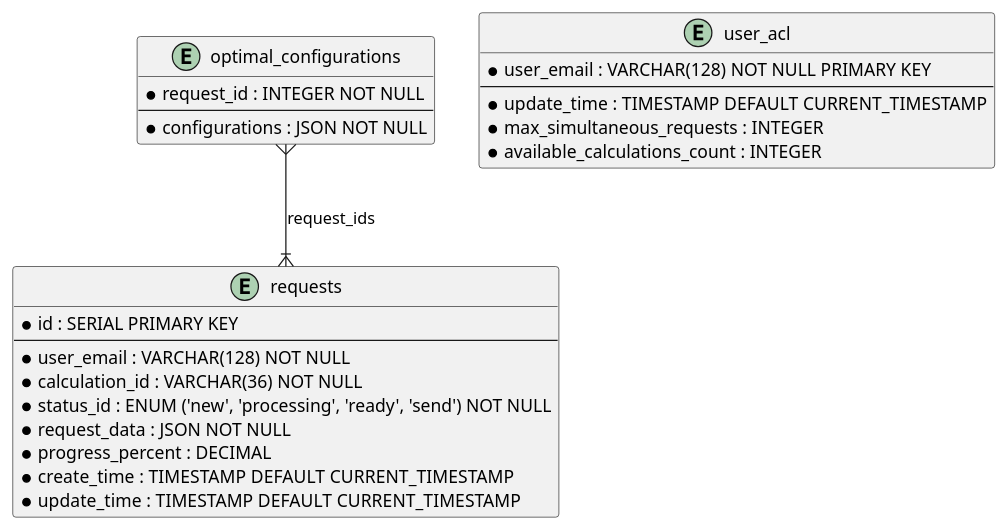
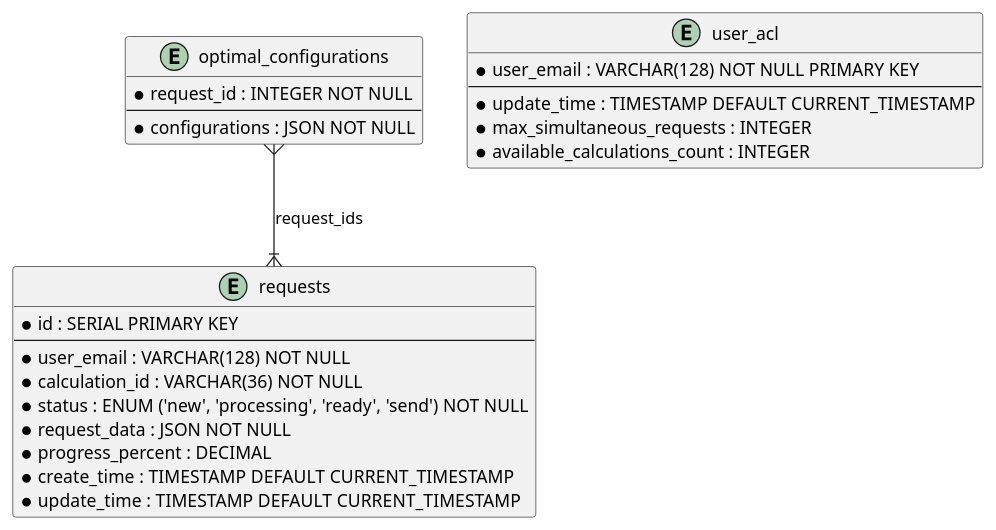
Before and after one commit to chugaynov/optistairs-architecture: the diagram in design/diagrams/optistairs-db.puml, drawn with PlantUML. The commit also changed 19 other files, not shown here.

Commit message:
Расширил схему развертывание количеством инстансов. Добавил ToBe Kafka. Изменил диаграммы последовательности расчёта. Расширил OpenAPI.

```diff
--- a/design/diagrams/optistairs-db.puml
+++ b/design/diagrams/optistairs-db.puml
@@ -1,30 +1,30 @@
 @startuml
 
 entity "requests" as requests {
     *id : SERIAL PRIMARY KEY
     --
     *user_email : VARCHAR(128) NOT NULL
     *calculation_id : VARCHAR(36) NOT NULL
-    *status_id : ENUM ('new', 'processing', 'ready', 'send') NOT NULL
+    *status : ENUM ('new', 'processing', 'ready', 'send') NOT NULL
     *request_data : JSON NOT NULL
     *progress_percent : DECIMAL
     *create_time : TIMESTAMP DEFAULT CURRENT_TIMESTAMP
     *update_time : TIMESTAMP DEFAULT CURRENT_TIMESTAMP
 }
 
 entity "optimal_configurations" as optimal_configurations {
     *request_id : INTEGER NOT NULL
     --
     *configurations : JSON NOT NULL
 }
 optimal_configurations }--|{ requests : request_ids
 
 entity "user_acl" as user_acl {
     *user_email : VARCHAR(128) NOT NULL PRIMARY KEY
     --
     *update_time : TIMESTAMP DEFAULT CURRENT_TIMESTAMP
     *max_simultaneous_requests : INTEGER
     *available_calculations_count : INTEGER
 }
 
 @enduml
```
